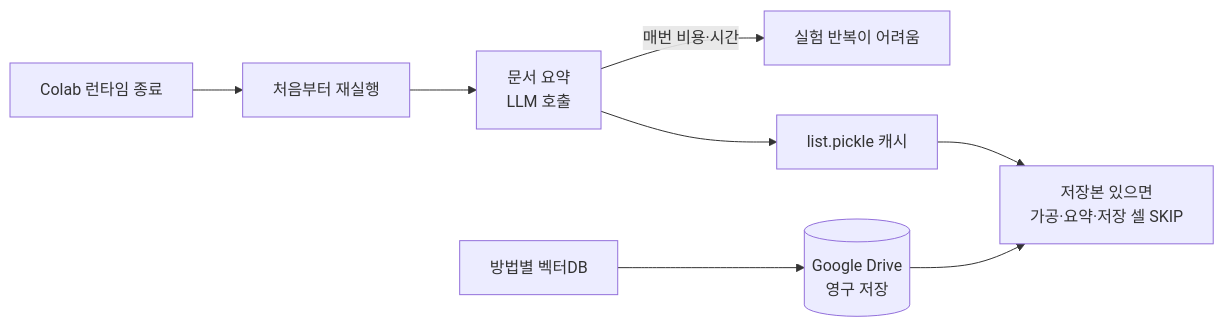
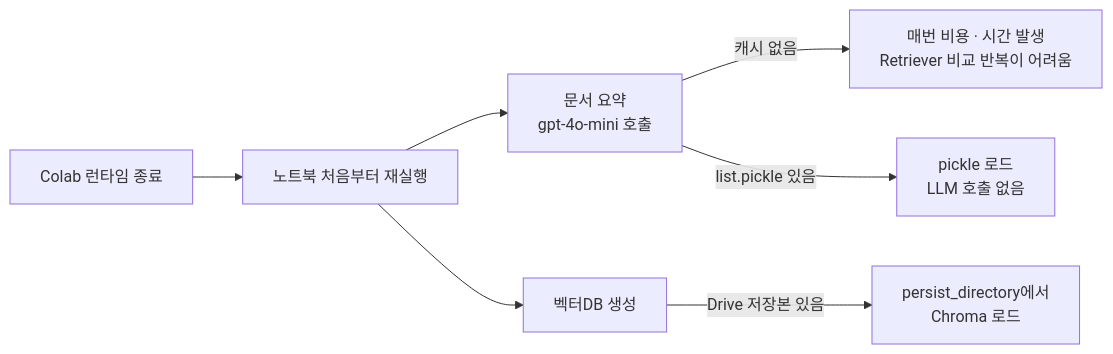
One commit to SunWoo1213/Patent_Classification changed the third of 4 diagrams in README.md. Above: the diagram before and after it, drawn with Mermaid. The commit also changed other lines of this file, not shown here.

````diff
--- a/README.md
+++ b/README.md
@@ -142,10 +171,9 @@
 ```mermaid
 flowchart LR
-  C[Colab 런타임 종료] --> R[처음부터 재실행]
-  R --> S[문서 요약<br/>LLM 호출]
-  S -->|매번 비용·시간| X[실험 반복이 어려움]
-  S --> K[list.pickle 캐시]
-  V[방법별 벡터DB] --> D[(Google Drive<br/>영구 저장)]
-  K --> SK[저장본 있으면<br/>가공·요약·저장 셀 SKIP]
-  D --> SK
+  C["Colab 런타임 종료"] --> R["노트북 처음부터 재실행"]
+  R --> S["문서 요약<br/>gpt-4o-mini 호출"]
+  S -->|"캐시 없음"| X["매번 비용 · 시간 발생<br/>Retriever 비교 반복이 어려움"]
+  S -->|"list.pickle 있음"| K["pickle 로드<br/>LLM 호출 없음"]
+  R --> V["벡터DB 생성"]
+  V -->|"Drive 저장본 있음"| D["persist_directory에서<br/>Chroma 로드"]
 ```
````
